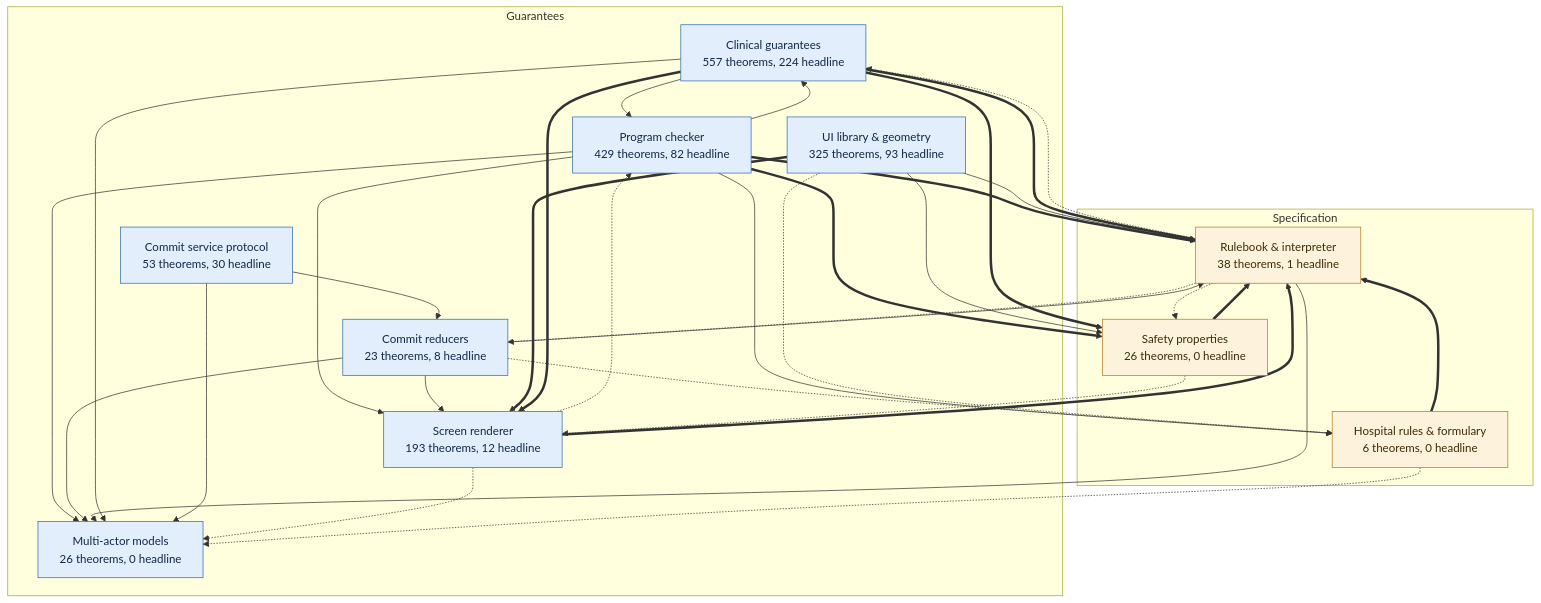
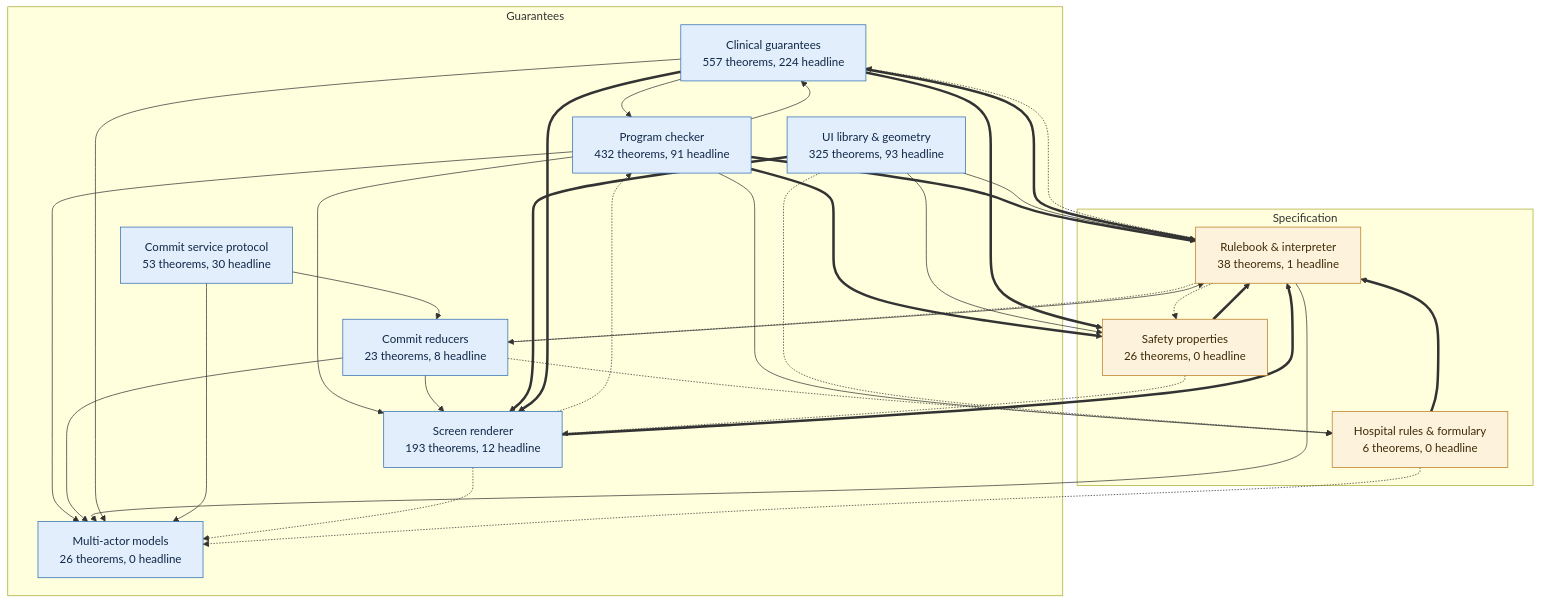
Before and after one commit to saithat/VGI-Health: the first of 10 diagrams in docs/proof-map.md, drawn with Mermaid. The commit also changed other lines of this file and 18 other files, not shown here.

````diff
--- a/docs/proof-map.md
+++ b/docs/proof-map.md
@@ -15,51 +15,51 @@
 ```mermaid
 flowchart TB
   subgraph guar_g["Guarantees"]
     proofs["Clinical guarantees<br/>557 theorems, 224 headline"]:::guar
-    check["Program checker<br/>429 theorems, 82 headline"]:::guar
+    check["Program checker<br/>432 theorems, 91 headline"]:::guar
     render["Screen renderer<br/>193 theorems, 12 headline"]:::guar
     layout["UI library &amp; geometry<br/>325 theorems, 93 headline"]:::guar
     commit["Commit reducers<br/>23 theorems, 8 headline"]:::guar
     protocol["Commit service protocol<br/>53 theorems, 30 headline"]:::guar
     multi["Multi-actor models<br/>26 theorems, 0 headline"]:::guar
   end
   subgraph spec_g["Specification"]
     core["Rulebook &amp; interpreter<br/>38 theorems, 1 headline"]:::spec
     props["Safety properties<br/>26 theorems, 0 headline"]:::spec
     specs["Hospital rules &amp; formulary<br/>6 theorems, 0 headline"]:::spec
   end
   check ==> core
   check --> multi
   check --> proofs
   check ==> props
   check --> render
   check --> specs
   commit --> core
   commit --> multi
   commit --> render
   commit -.-> specs
   core -.-> commit
   core --> multi
   core -.-> proofs
   core -.-> props
   layout --> core
   layout --> props
   layout ==> render
   layout -.-> specs
   proofs --> check
   proofs ==> core
   proofs --> multi
   proofs ==> props
   proofs ==> render
   props ==> core
   props -.-> render
   protocol --> commit
   protocol --> multi
   render -.-> check
   render ==> core
   render -.-> multi
   specs ==> core
   specs -.-> multi
   classDef spec fill:#fdf3dc,stroke:#b7791f,color:#3d2a06
   classDef guar fill:#e3eefc,stroke:#2b6cb0,color:#0f2747
 ```
````
